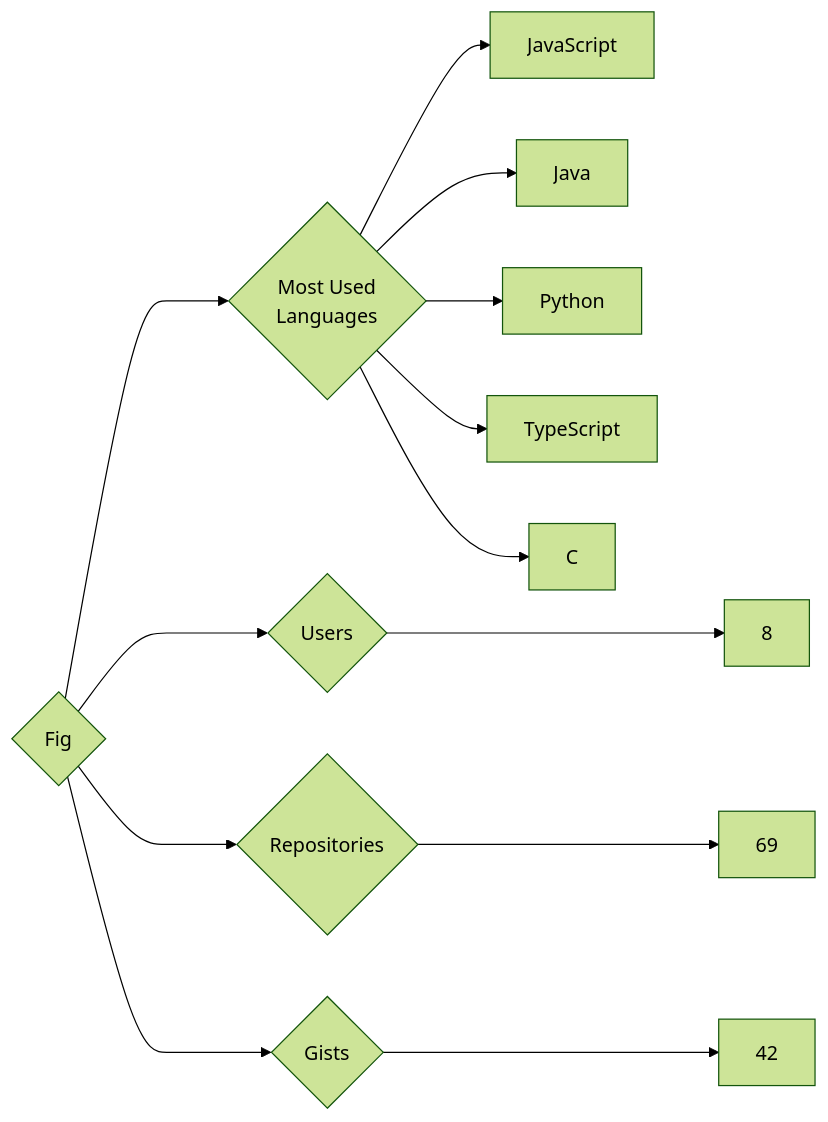
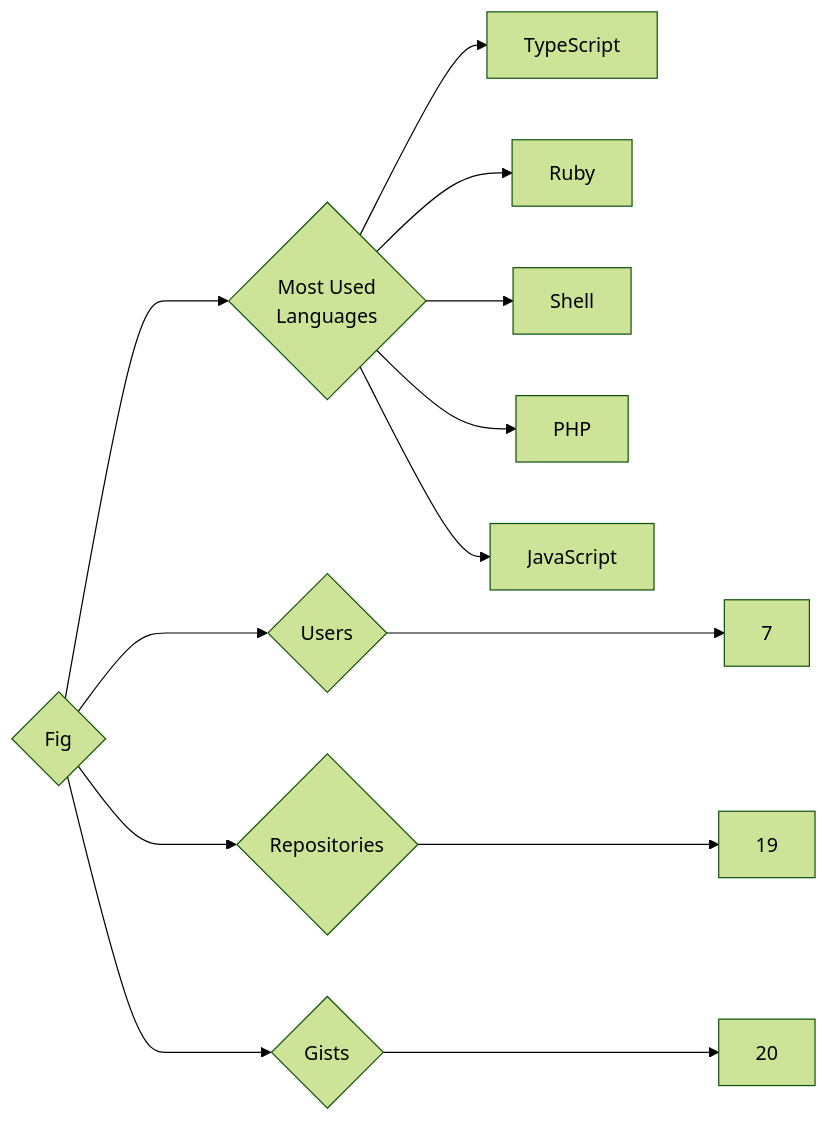
Before and after one commit to trickest/insiders: the diagram in targets/Fig/README.md, drawn with Mermaid (forest theme). The commit also changed 720 other files, not shown here.

````diff
--- a/targets/Fig/README.md
+++ b/targets/Fig/README.md
@@ -3,13 +3,13 @@
 ```mermaid
 graph LR
 COMPANY_NAME{Fig}
-COMPANY_NAME ---> U{Users} ---> UN[8]
-COMPANY_NAME ---> R{Repositories} ---> RN[69]
-COMPANY_NAME ---> G{Gists} ---> GN[42]
+COMPANY_NAME ---> U{Users} ---> UN[7]
+COMPANY_NAME ---> R{Repositories} ---> RN[19]
+COMPANY_NAME ---> G{Gists} ---> GN[20]
 COMPANY_NAME ---> ML{Most Used<br>Languages}
+ML --> TypeScript[TypeScript]
+ML --> Ruby[Ruby]
+ML --> Shell[Shell]
+ML --> PHP[PHP]
 ML --> JavaScript[JavaScript]
-ML --> Java[Java]
-ML --> Python[Python]
-ML --> TypeScript[TypeScript]
-ML --> C[C]
 ```
````
